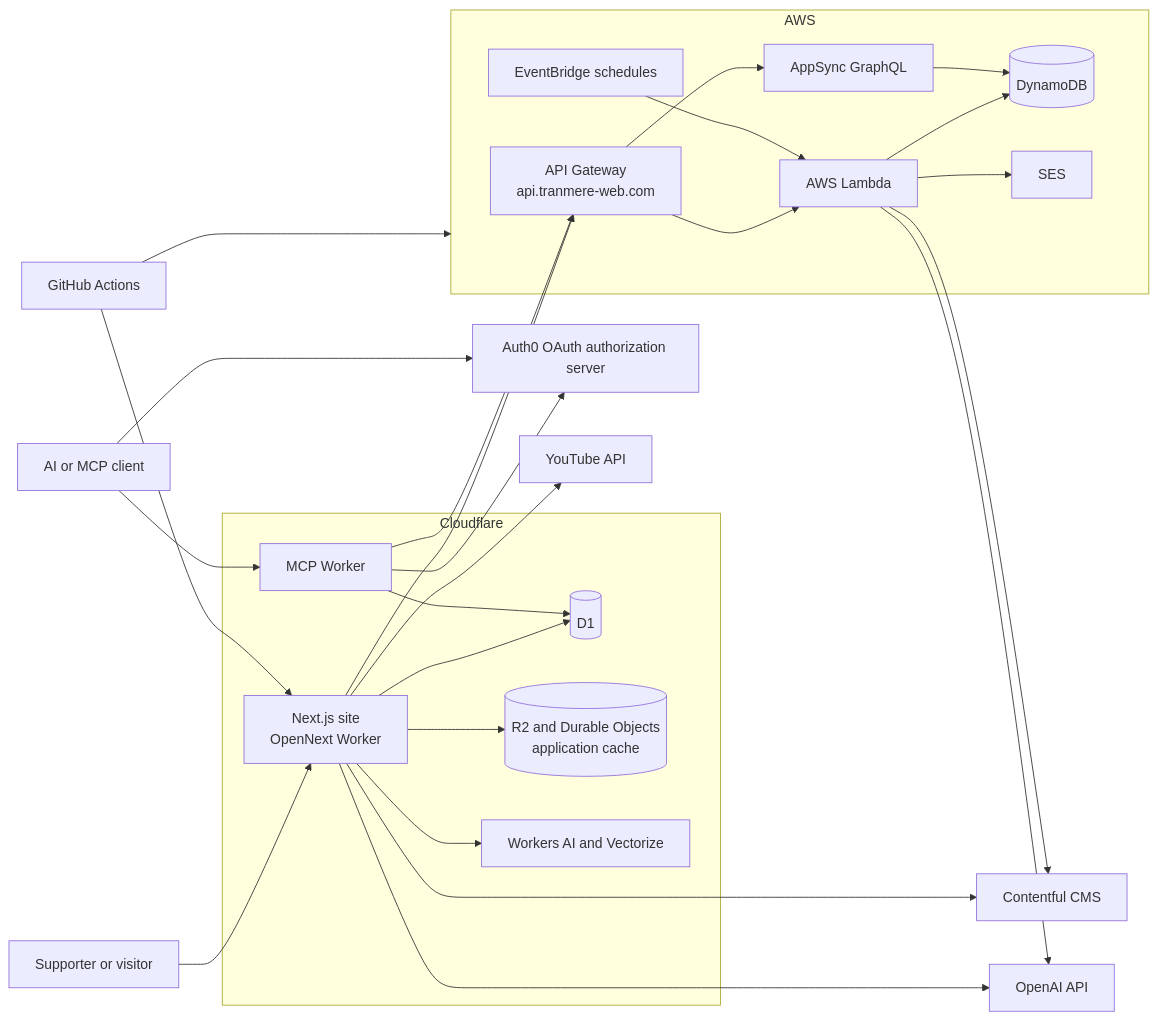
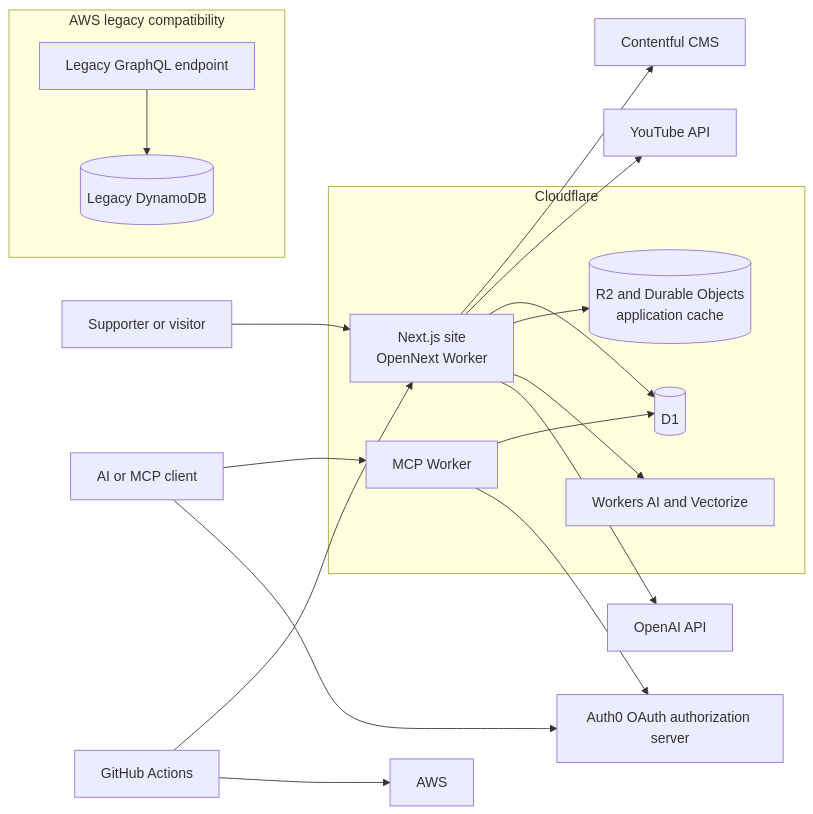
Before and after one commit to chrisowen491/tranmere-web: the diagram in docs/ARCHITECTURE.md, drawn with Mermaid. The commit also changed other lines of this file and 5 other files, not shown here.

````diff
--- a/docs/ARCHITECTURE.md
+++ b/docs/ARCHITECTURE.md
@@ -24,52 +23,39 @@
 ```mermaid
 flowchart LR
     Visitor[Supporter or visitor]
     AIClient[AI or MCP client]
     GitHub[GitHub Actions]
 
     subgraph Cloudflare
         Site[Next.js site<br/>OpenNext Worker]
         D1[(D1)]
         Cache[(R2 and Durable Objects<br/>application cache)]
         CFAI[Workers AI and Vectorize]
         MCP[MCP Worker]
     end
 
-    subgraph AWS
-        Gateway[API Gateway<br/>api.tranmere-web.com]
-        Lambda[AWS Lambda]
-        AppSync[AppSync GraphQL]
-        Dynamo[(DynamoDB)]
-        Scheduler[EventBridge schedules]
-        SES[SES]
+    subgraph AWS legacy compatibility
+        GraphQL[Legacy GraphQL endpoint]
+        Dynamo[(Legacy DynamoDB)]
     end
 
     Contentful[Contentful CMS]
     Auth0[Auth0 OAuth authorization server]
     YouTube[YouTube API]
     OpenAI[OpenAI API]
 
     Visitor --> Site
     AIClient --> MCP
-    Site --> Gateway
     Site --> Contentful
     Site --> YouTube
     Site --> D1
     Site --> Cache
     Site --> CFAI
     Site --> OpenAI
     MCP --> D1
-    MCP --> Gateway
     AIClient --> Auth0
     MCP --> Auth0
-    Gateway --> Lambda
-    Gateway --> AppSync
-    Lambda --> Dynamo
-    AppSync --> Dynamo
-    Lambda --> Contentful
-    Lambda --> OpenAI
-    Lambda --> SES
-    Scheduler --> Lambda
+    GraphQL --> Dynamo
     GitHub --> Site
     GitHub --> AWS
 ```
````
